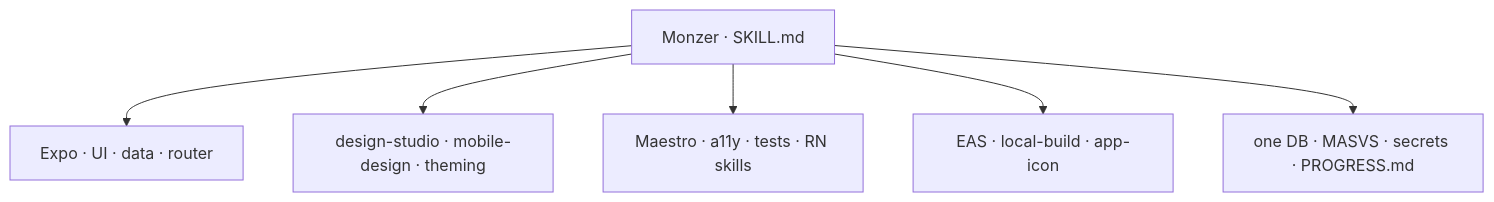
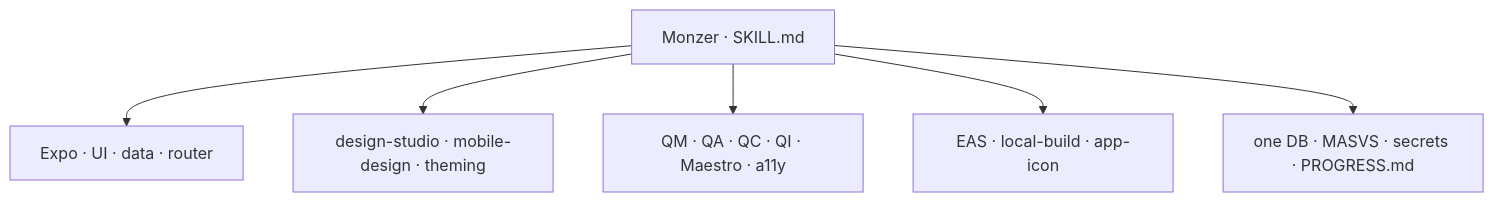
Before and after one commit to moonr5/monzer-mobile-skill: the third of 4 diagrams in README.md, drawn with Mermaid. The commit also changed other lines of this file and 8 other files, not shown here.

````diff
--- a/README.md
+++ b/README.md
@@ -90,9 +90,9 @@
 ```mermaid
 flowchart TB
   MASTER[Monzer · SKILL.md]
   MASTER --> EXPO[Expo · UI · data · router]
   MASTER --> DESIGN[design-studio · mobile-design · theming]
-  MASTER --> QUALITY[Maestro · a11y · tests · RN skills]
+  MASTER --> QUALITY[QM · QA · QC · QI · Maestro · a11y]
   MASTER --> SHIP[EAS · local-build · app-icon]
   MASTER --> RULES[one DB · MASVS · secrets · PROGRESS.md]
 ```
````
